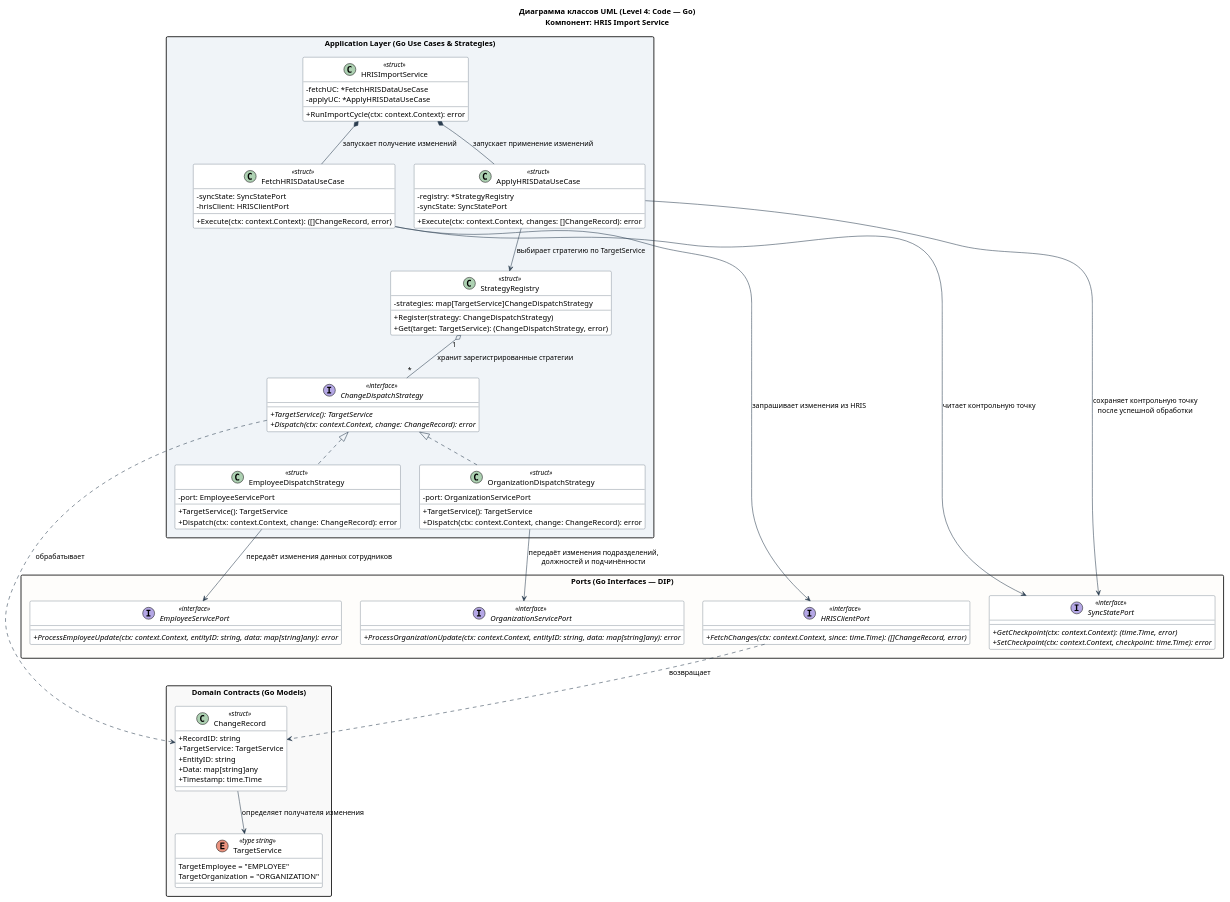
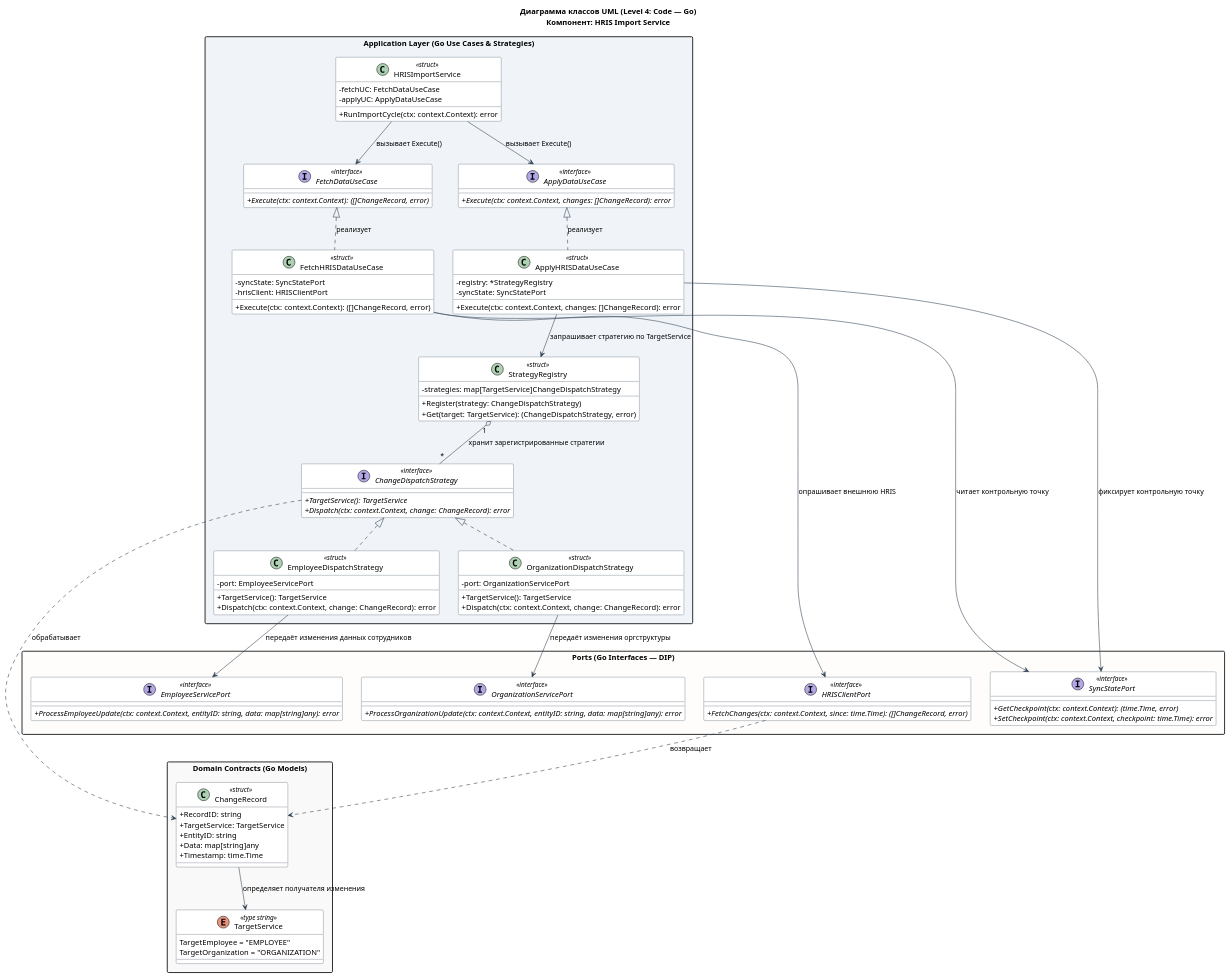
The diagram in UML_L4/hris_import_service_class_mod.puml (plafon05/IDPPlatformC4Model), drawn with PlantUML before and after one commit. The commit also changed 6 other files, not shown here.

Commit message:
Синхронизация L4 диаграммы и Go-кода HRIS Import: удаление ролей из импорта (назначение внутри IDP)

```diff
--- a/UML_L4/hris_import_service_class_mod.puml
+++ b/UML_L4/hris_import_service_class_mod.puml
@@ -1,115 +1,125 @@
 @startuml HRIS_Import_Service_L4
 
 title Диаграмма классов UML (Level 4: Code — Go)\nКомпонент: HRIS Import Service
 
 skinparam classAttributeIconSize 0
 skinparam packageStyle rectangle
 skinparam class {
     BackgroundColor White
     ArrowColor #2C3E50
     BorderColor #2C3E50
 }
 
 package "Domain Contracts (Go Models)" #F9F9F9 {
     enum TargetService <<type string>> {
         TargetEmployee = "EMPLOYEE"
         TargetOrganization = "ORGANIZATION"
     }
 
     class ChangeRecord <<struct>> {
         + RecordID: string
         + TargetService: TargetService
         + EntityID: string
         + Data: map[string]any
         + Timestamp: time.Time
     }
 }
 
 package "Ports (Go Interfaces — DIP)" #FEFDFB {
     interface HRISClientPort <<interface>> {
         + {abstract} FetchChanges(ctx: context.Context, since: time.Time): ([]ChangeRecord, error)
     }
 
     interface SyncStatePort <<interface>> {
         + {abstract} GetCheckpoint(ctx: context.Context): (time.Time, error)
         + {abstract} SetCheckpoint(ctx: context.Context, checkpoint: time.Time): error
     }
 
     interface EmployeeServicePort <<interface>> {
         + {abstract} ProcessEmployeeUpdate(ctx: context.Context, entityID: string, data: map[string]any): error
     }
 
     interface OrganizationServicePort <<interface>> {
         + {abstract} ProcessOrganizationUpdate(ctx: context.Context, entityID: string, data: map[string]any): error
     }
 }
 
 package "Application Layer (Go Use Cases & Strategies)" #F0F4F8 {
+    interface FetchDataUseCase <<interface>> {
+        + {abstract} Execute(ctx: context.Context): ([]ChangeRecord, error)
+    }
+
+    interface ApplyDataUseCase <<interface>> {
+        + {abstract} Execute(ctx: context.Context, changes: []ChangeRecord): error
+    }
+
     class HRISImportService <<struct>> {
-        - fetchUC: *FetchHRISDataUseCase
-        - applyUC: *ApplyHRISDataUseCase
+        - fetchUC: FetchDataUseCase
+        - applyUC: ApplyDataUseCase
         + RunImportCycle(ctx: context.Context): error
     }
 
     class FetchHRISDataUseCase <<struct>> {
         - syncState: SyncStatePort
         - hrisClient: HRISClientPort
         + Execute(ctx: context.Context): ([]ChangeRecord, error)
     }
 
     class ApplyHRISDataUseCase <<struct>> {
         - registry: *StrategyRegistry
         - syncState: SyncStatePort
         + Execute(ctx: context.Context, changes: []ChangeRecord): error
     }
 
     class StrategyRegistry <<struct>> {
         - strategies: map[TargetService]ChangeDispatchStrategy
         + Register(strategy: ChangeDispatchStrategy)
         + Get(target: TargetService): (ChangeDispatchStrategy, error)
     }
 
     interface ChangeDispatchStrategy <<interface>> {
         + {abstract} TargetService(): TargetService
         + {abstract} Dispatch(ctx: context.Context, change: ChangeRecord): error
     }
 
     class EmployeeDispatchStrategy <<struct>> {
         - port: EmployeeServicePort
         + TargetService(): TargetService
         + Dispatch(ctx: context.Context, change: ChangeRecord): error
     }
 
     class OrganizationDispatchStrategy <<struct>> {
         - port: OrganizationServicePort
         + TargetService(): TargetService
         + Dispatch(ctx: context.Context, change: ChangeRecord): error
     }
 }
 
 ' Реализация интерфейса стратегий
 ChangeDispatchStrategy <|.. EmployeeDispatchStrategy
 ChangeDispatchStrategy <|.. OrganizationDispatchStrategy
 
-' Передача кадровых изменений компонентам Employee Service
+' Передача кадровых изменений
 EmployeeDispatchStrategy --> EmployeeServicePort : передаёт изменения данных сотрудников
-OrganizationDispatchStrategy --> OrganizationServicePort : передаёт изменения подразделений,\nдолжностей и подчинённости
+OrganizationDispatchStrategy --> OrganizationServicePort : передаёт изменения оргструктуры
 
 ' Получение и применение изменений
-FetchHRISDataUseCase --> HRISClientPort : запрашивает изменения из HRIS
+FetchHRISDataUseCase --> HRISClientPort : опрашивает внешнюю HRIS
 FetchHRISDataUseCase --> SyncStatePort : читает контрольную точку
-ApplyHRISDataUseCase --> SyncStatePort : сохраняет контрольную точку\nпосле успешной обработки
-ApplyHRISDataUseCase --> StrategyRegistry : выбирает стратегию по TargetService
+ApplyHRISDataUseCase --> SyncStatePort : фиксирует контрольную точку
+ApplyHRISDataUseCase --> StrategyRegistry : запрашивает стратегию по TargetService
 
 StrategyRegistry "1" o-- "*" ChangeDispatchStrategy : хранит зарегистрированные стратегии
 
-' Управление циклом импорта
-HRISImportService *-- FetchHRISDataUseCase : запускает получение изменений
-HRISImportService *-- ApplyHRISDataUseCase : запускает применение изменений
+' Управление циклом импорта через интерфейсы
+HRISImportService --> FetchDataUseCase : вызывает Execute()
+HRISImportService --> ApplyDataUseCase : вызывает Execute()
+FetchDataUseCase <|.. FetchHRISDataUseCase : реализует
+ApplyDataUseCase <|.. ApplyHRISDataUseCase : реализует
 
-' Модель кадрового изменения
+' Связи с моделью кадрового изменения
 ChangeDispatchStrategy ..> ChangeRecord : обрабатывает
 HRISClientPort ..> ChangeRecord : возвращает
 ChangeRecord --> TargetService : определяет получателя изменения
 
 @enduml
```
